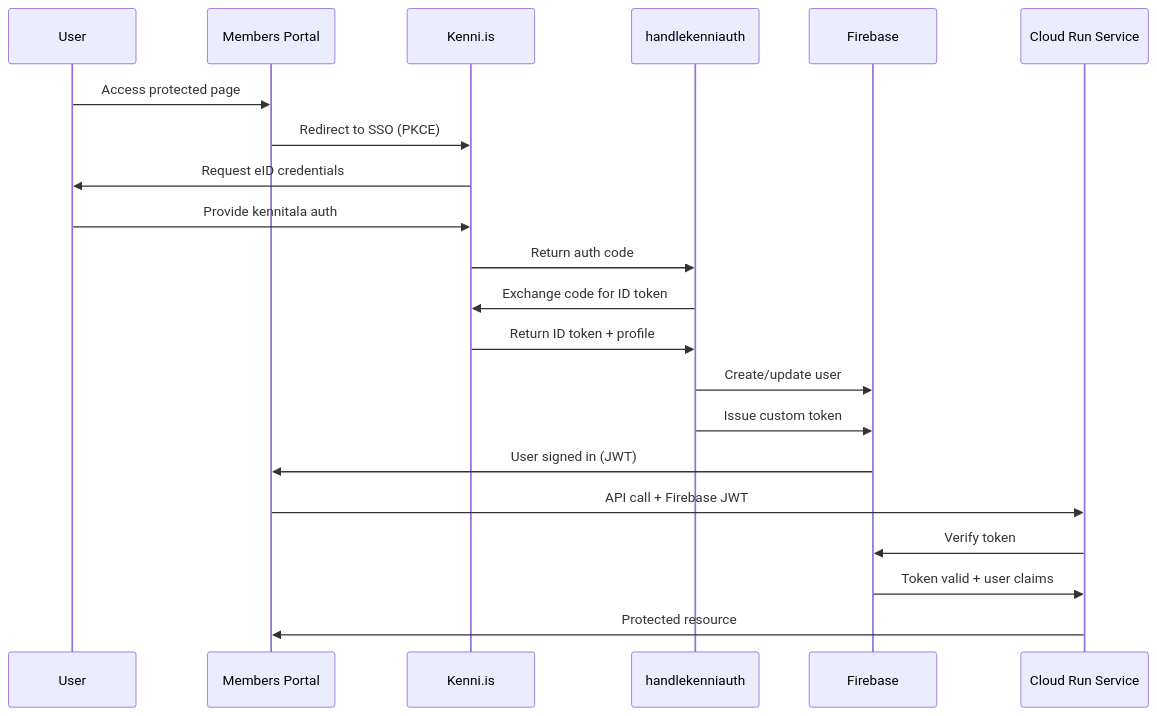
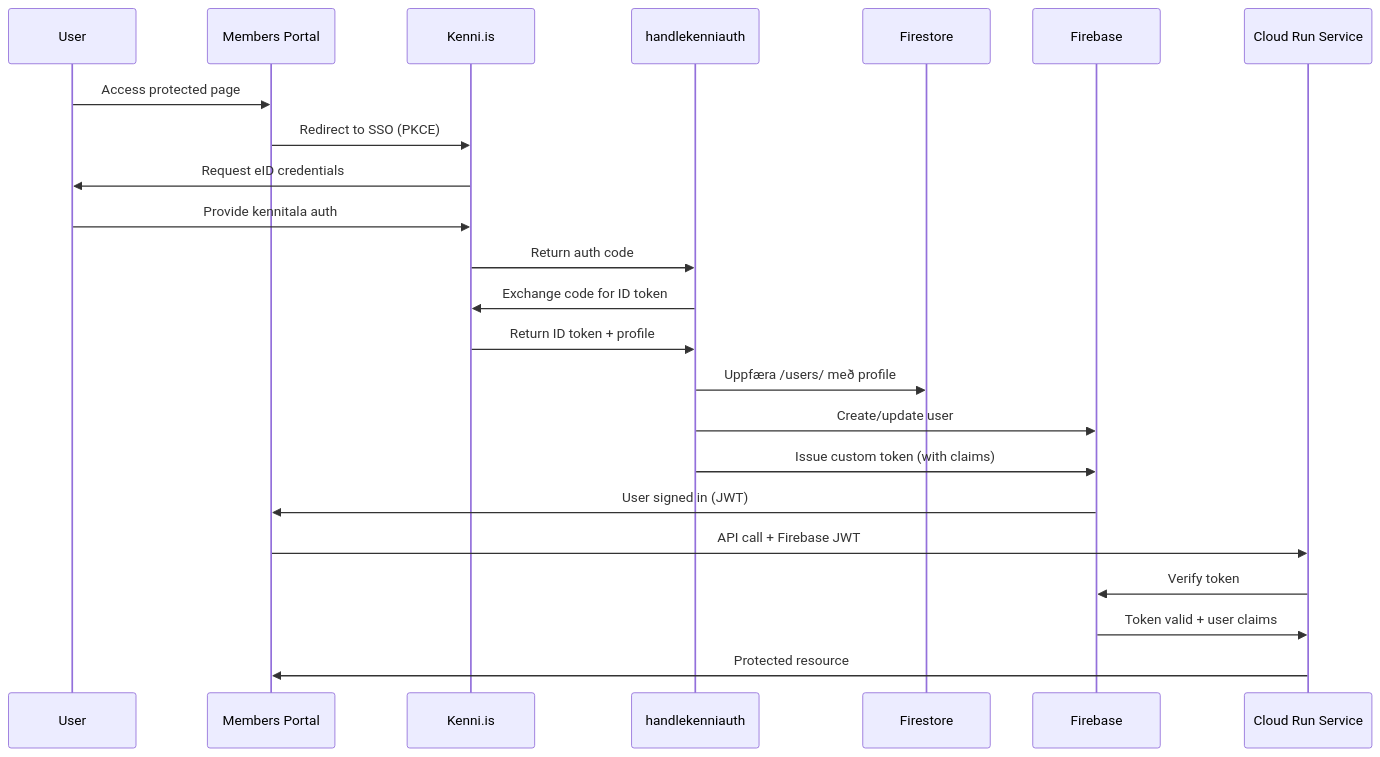
One commit to sosialistaflokkurinn/ekklesia changed the second of 3 diagrams in docs/infrastructure/CLOUD_RUN_SERVICES.md. Above: the diagram before and after it, drawn with Mermaid.

Commit message:
docs(architecture): Add Firestore update step to authentication flow diagram
Enhanced authentication flow diagram to show that handleKenniAuth updates
Firestore with user profile data during OAuth flow.

## Changes

Authentication Flow diagram (lines 99-124):
- Added: Firestore as participant
- Added: HandleAuth → Firestore step (update /users/ collection with profile)
- Clarified: "Issue custom token (with claims)" to emphasize custom claims

## Flow Now Shows

1. User → Kenni.is (OAuth PKCE flow)
2. Kenni.is → HandleAuth (auth code + profile)
3. HandleAuth → Kenni.is (token exchange)
4. HandleAuth → **Firestore** (update /users/ collection) ← NEW
5. HandleAuth → Firebase (create user + issue custom token)
6. Firebase → Portal (JWT with custom claims)
7. Portal → Services (authenticated API calls)

## Why This Matters

The Firestore update is important because:
- User profile data (name, kennitala, etc.) stored in /users/{kennitala}
- Membership data synced from Django is in /members/{kennitala}
- verifyMembership reads from Firestore, not Django
- All services use Firestore as cached data source

This clarifies the data flow: Django → Firestore (sync) → Services

````diff
--- a/docs/infrastructure/CLOUD_RUN_SERVICES.md
+++ b/docs/infrastructure/CLOUD_RUN_SERVICES.md
@@ -99,24 +99,26 @@
 ```mermaid
 sequenceDiagram
     participant User
     participant Portal as Members Portal
     participant Kenni as Kenni.is
     participant HandleAuth as handlekenniauth
+    participant Firestore
     participant Firebase
     participant Service as Cloud Run Service
 
     User->>Portal: Access protected page
     Portal->>Kenni: Redirect to SSO (PKCE)
     Kenni->>User: Request eID credentials
     User->>Kenni: Provide kennitala auth
     Kenni->>HandleAuth: Return auth code
     HandleAuth->>Kenni: Exchange code for ID token
     Kenni->>HandleAuth: Return ID token + profile
+    HandleAuth->>Firestore: Uppfæra /users/ með profile
     HandleAuth->>Firebase: Create/update user
-    HandleAuth->>Firebase: Issue custom token
+    HandleAuth->>Firebase: Issue custom token (with claims)
     Firebase->>Portal: User signed in (JWT)
     Portal->>Service: API call + Firebase JWT
     Service->>Firebase: Verify token
     Firebase->>Service: Token valid + user claims
     Service->>Portal: Protected resource
 ```
````
